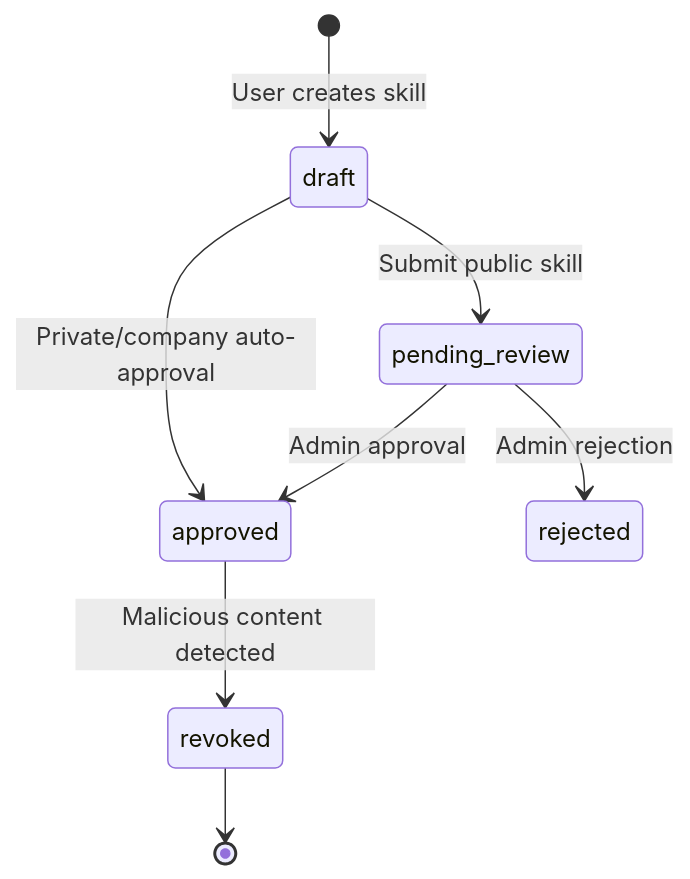
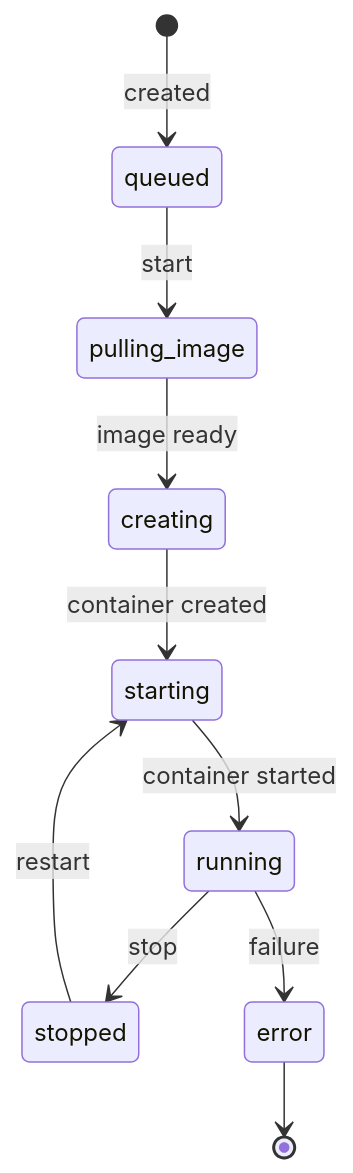
Before and after one commit to OpenViCloud/tango: the second of 6 diagrams in roadmap/ARCHITECTURE.md, drawn with Mermaid. The commit also changed other lines of this file and 2 other files, not shown here.

````diff
--- a/roadmap/ARCHITECTURE.md
+++ b/roadmap/ARCHITECTURE.md
@@ -598,10 +50,12 @@
 ```mermaid
 stateDiagram-v2
-    [*] --> draft: User creates skill
-    draft --> pending_review: Submit public skill
-    draft --> approved: Private/company auto-approval
-    pending_review --> approved: Admin approval
-    pending_review --> rejected: Admin rejection
-    approved --> revoked: Malicious content detected
-    revoked --> [*]
+    [*] --> queued: created
+    queued --> pulling_image: start
+    pulling_image --> creating: image ready
+    creating --> starting: container created
+    starting --> running: container started
+    running --> stopped: stop
+    running --> error: failure
+    stopped --> starting: restart
+    error --> [*]
 ```
````
